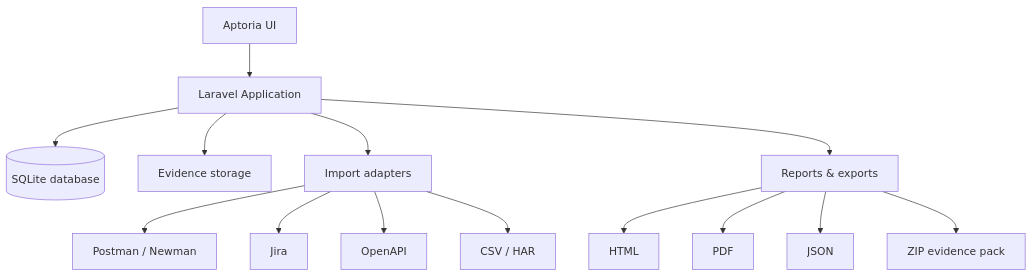
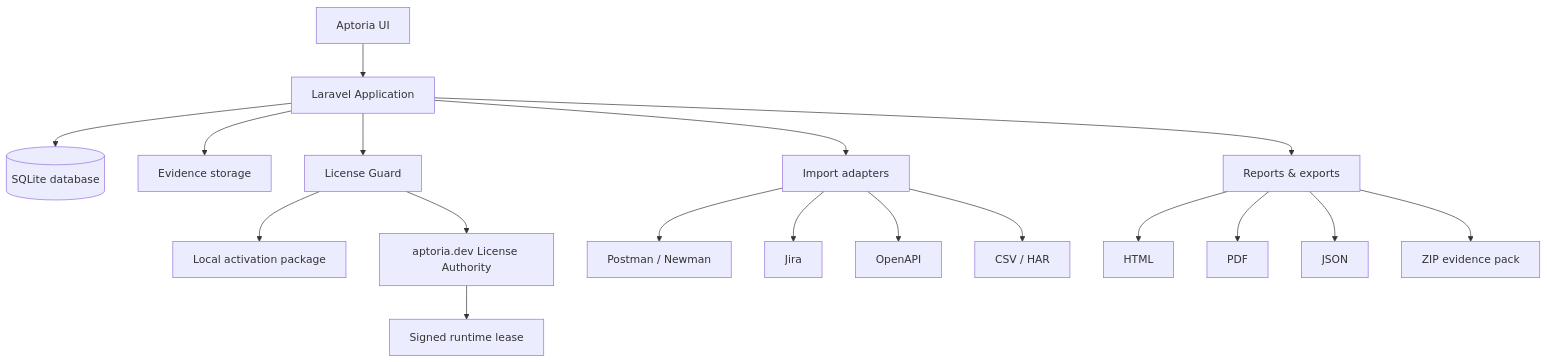
Before and after one commit to Szujo-Janos/Aptoria: the second of 2 diagrams in README.md, drawn with Mermaid. The commit also changed other lines of this file and 98 other files, not shown here.

````diff
--- a/README.md
+++ b/README.md
@@ -69,16 +72,20 @@
 ```mermaid
 flowchart TB
     UI[Aptoria UI] --> APP[Laravel Application]
     APP --> DB[(SQLite database)]
     APP --> STORAGE[Evidence storage]
     APP --> IMPORTS[Import adapters]
     APP --> REPORTS[Reports & exports]
+    APP --> LICENSE[License Guard]
+    LICENSE --> LOCAL[Local activation package]
+    LICENSE --> AUTHORITY[aptoria.dev License Authority]
+    AUTHORITY --> LEASE[Signed runtime lease]
     IMPORTS --> POSTMAN[Postman / Newman]
     IMPORTS --> JIRA[Jira]
     IMPORTS --> OPENAPI[OpenAPI]
     IMPORTS --> CSV[CSV / HAR]
     REPORTS --> HTML[HTML]
     REPORTS --> PDF[PDF]
     REPORTS --> JSON[JSON]
     REPORTS --> ZIP[ZIP evidence pack]
 ```
````
